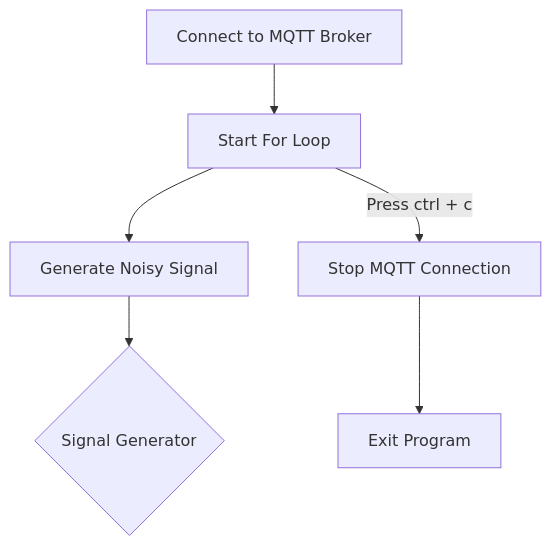
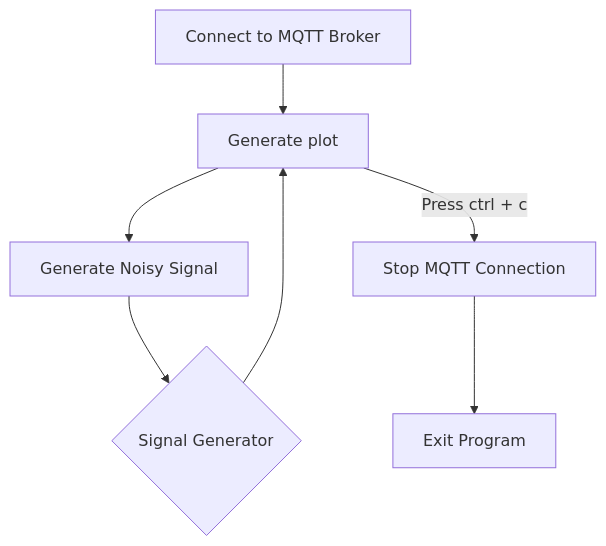
The diagram in README.md (thovinak/Heart-Beat-Signal-Generator), drawn with Mermaid before and after one commit. The commit also changed other lines of this file, not shown here.

````diff
--- a/README.md
+++ b/README.md
@@ -20,9 +20,10 @@
 ```mermaid
 graph TD
 
 A[Connect to MQTT Broker] --> B[Start For Loop]
 B --> C[Generate Noisy Signal]
 C --> D{Signal Generator}
+D --> B[Generate plot]
 B --> |Press ctrl + c| J[Stop MQTT Connection]
 J --> K[Exit Program]
 ```
````
